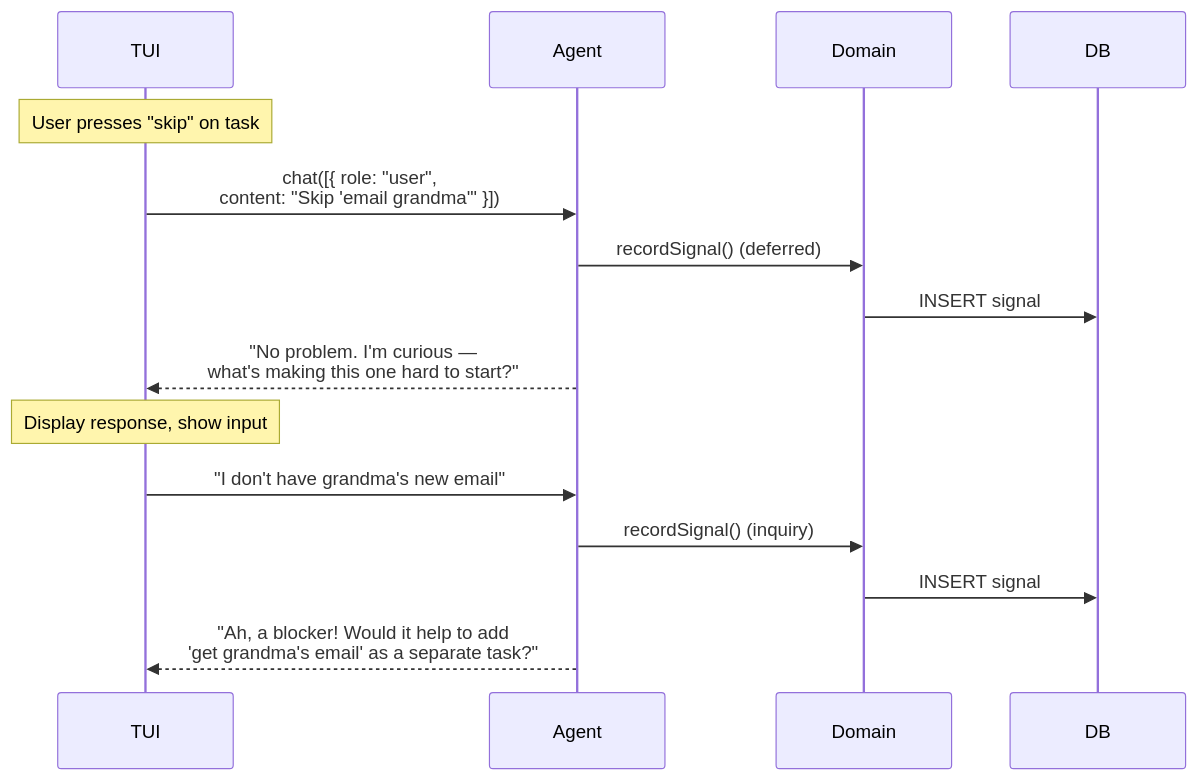
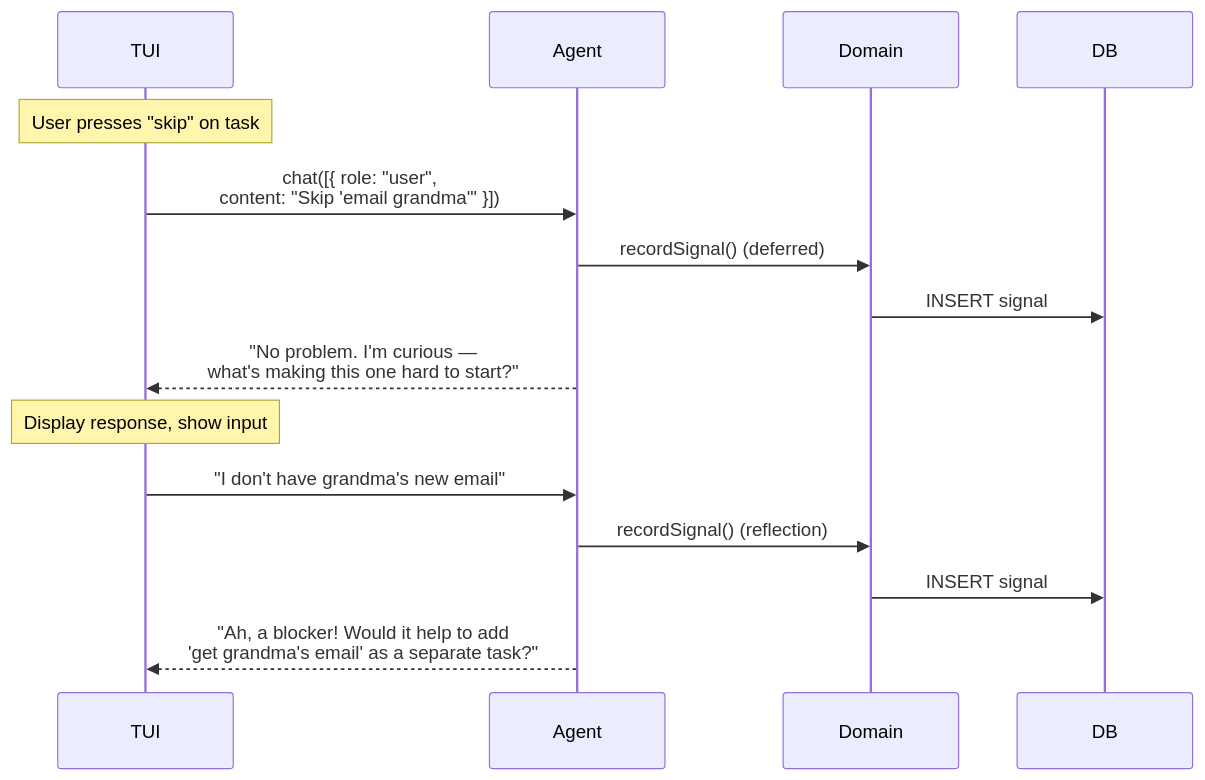
Before and after one commit to jamesarosen/tender: the third of 6 diagrams in docs/0003-agent-architecture.md, drawn with Mermaid. The commit also changed other lines of this file and 13 other files, not shown here.

First line of the commit message:
feat(db): add initial schema and DB tests

````diff
--- a/docs/0003-agent-architecture.md
+++ b/docs/0003-agent-architecture.md
@@ -220,18 +220,18 @@
 ```mermaid
 sequenceDiagram
     participant TUI
     participant Agent
     participant Domain
     participant DB
 
     Note over TUI: User presses "skip" on task
     TUI->>Agent: chat([{ role: "user",<br/>content: "Skip 'email grandma'" }])
     Agent->>Domain: recordSignal() (deferred)
     Domain->>DB: INSERT signal
     Agent-->>TUI: "No problem. I'm curious —<br/>what's making this one hard to start?"
     Note over TUI: Display response, show input
     TUI->>Agent: "I don't have grandma's new email"
-    Agent->>Domain: recordSignal() (inquiry)
+    Agent->>Domain: recordSignal() (reflection)
     Domain->>DB: INSERT signal
     Agent-->>TUI: "Ah, a blocker! Would it help to add<br/>'get grandma's email' as a separate task?"
 ```
````
